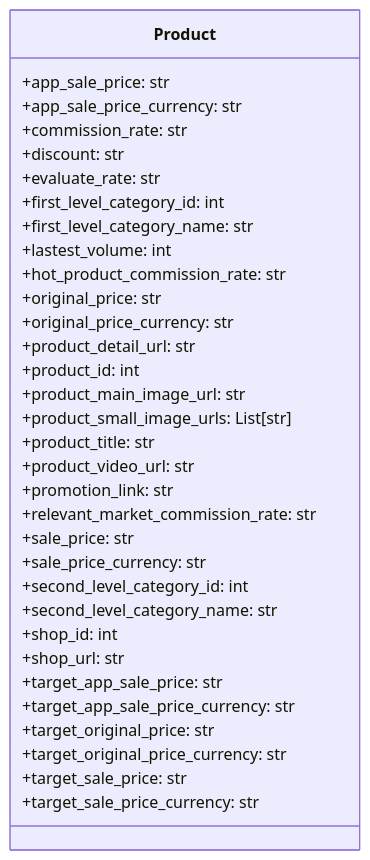
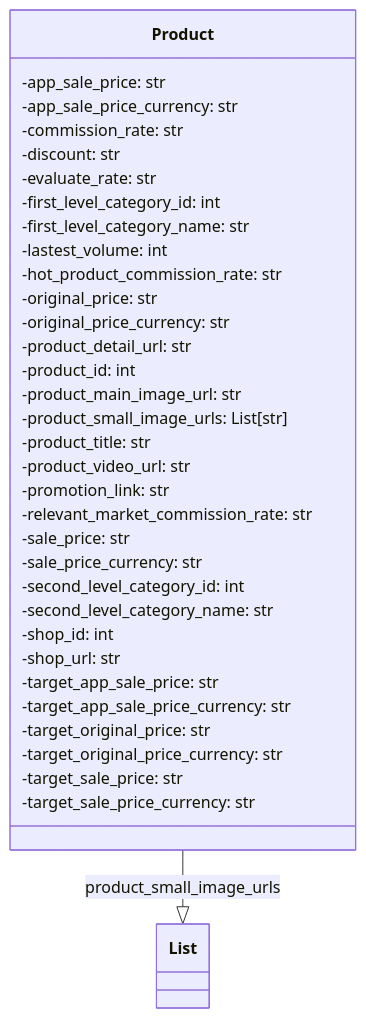
Before and after one commit to hypo69/hypo: the second of 2 diagrams in docs/gemini/ru/explainer/src/suppliers/aliexpress/api/models/product.py.md, drawn with Mermaid. The commit also changed other lines of this file and 1505 other files, not shown here.

````diff
--- a/docs/gemini/ru/explainer/src/suppliers/aliexpress/api/models/product.py.md
+++ b/docs/gemini/ru/explainer/src/suppliers/aliexpress/api/models/product.py.md
@@ -25,36 +54,41 @@
 ```mermaid
 classDiagram
     class Product {
-        +app_sale_price: str
-        +app_sale_price_currency: str
-        +commission_rate: str
-        +discount: str
-        +evaluate_rate: str
-        +first_level_category_id: int
-        +first_level_category_name: str
-        +lastest_volume: int
-         +hot_product_commission_rate: str
-        +original_price: str
-        +original_price_currency: str
-        +product_detail_url: str
-        +product_id: int
-        +product_main_image_url: str
-        +product_small_image_urls: List[str]
-        +product_title: str
-        +product_video_url: str
-        +promotion_link: str
-        +relevant_market_commission_rate: str
-        +sale_price: str
-        +sale_price_currency: str
-        +second_level_category_id: int
-        +second_level_category_name: str
-        +shop_id: int
-        +shop_url: str
-        +target_app_sale_price: str
-        +target_app_sale_price_currency: str
-        +target_original_price: str
-         +target_original_price_currency: str
-        +target_sale_price: str
-        +target_sale_price_currency: str
+        -app_sale_price: str
+        -app_sale_price_currency: str
+        -commission_rate: str
+        -discount: str
+        -evaluate_rate: str
+        -first_level_category_id: int
+        -first_level_category_name: str
+        -lastest_volume: int
+        -hot_product_commission_rate: str
+        -original_price: str
+        -original_price_currency: str
+        -product_detail_url: str
+        -product_id: int
+        -product_main_image_url: str
+        -product_small_image_urls: List[str]
+        -product_title: str
+        -product_video_url: str
+        -promotion_link: str
+        -relevant_market_commission_rate: str
+        -sale_price: str
+        -sale_price_currency: str
+        -second_level_category_id: int
+        -second_level_category_name: str
+        -shop_id: int
+        -shop_url: str
+        -target_app_sale_price: str
+        -target_app_sale_price_currency: str
+        -target_original_price: str
+        -target_original_price_currency: str
+        -target_sale_price: str
+        -target_sale_price_currency: str
     }
+
+    class List {
+    }
+    
+    Product --|> List : product_small_image_urls
 ```
````
